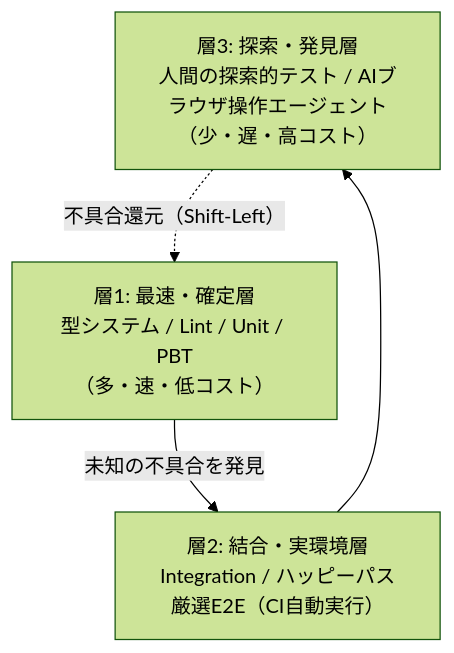
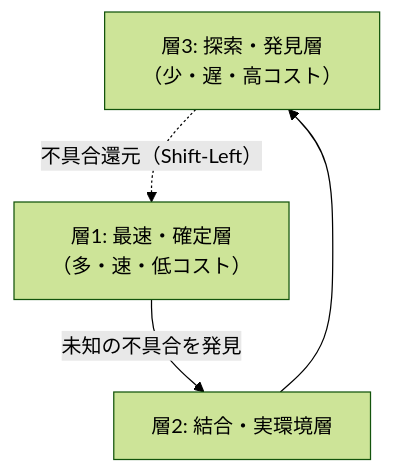
The second of 2 diagrams in docs/testing/01-test-policy.md (toshio-shiratori/harness-test-strategy), drawn with Mermaid (forest theme) before and after one commit. The commit also changed other lines of this file, not shown here.

````diff
--- a/docs/testing/01-test-policy.md
+++ b/docs/testing/01-test-policy.md
@@ -58,9 +66,9 @@
 ```mermaid
 flowchart TB
-  L3["層3: 探索・発見層<br/>人間の探索的テスト / AIブラウザ操作エージェント<br/>（少・遅・高コスト）"]
-  L2["層2: 結合・実環境層<br/>Integration / ハッピーパス厳選E2E（CI自動実行）"]
-  L1["層1: 最速・確定層<br/>型システム / Lint / Unit / PBT<br/>（多・速・低コスト）"]
+  L3["層3: 探索・発見層<br/>（少・遅・高コスト）"]
+  L2["層2: 結合・実環境層"]
+  L1["層1: 最速・確定層<br/>（多・速・低コスト）"]
   L1 -- "未知の不具合を発見" --> L2
   L2 --> L3
   L3 -. "不具合還元（Shift-Left）" .-> L1
 ```
````
